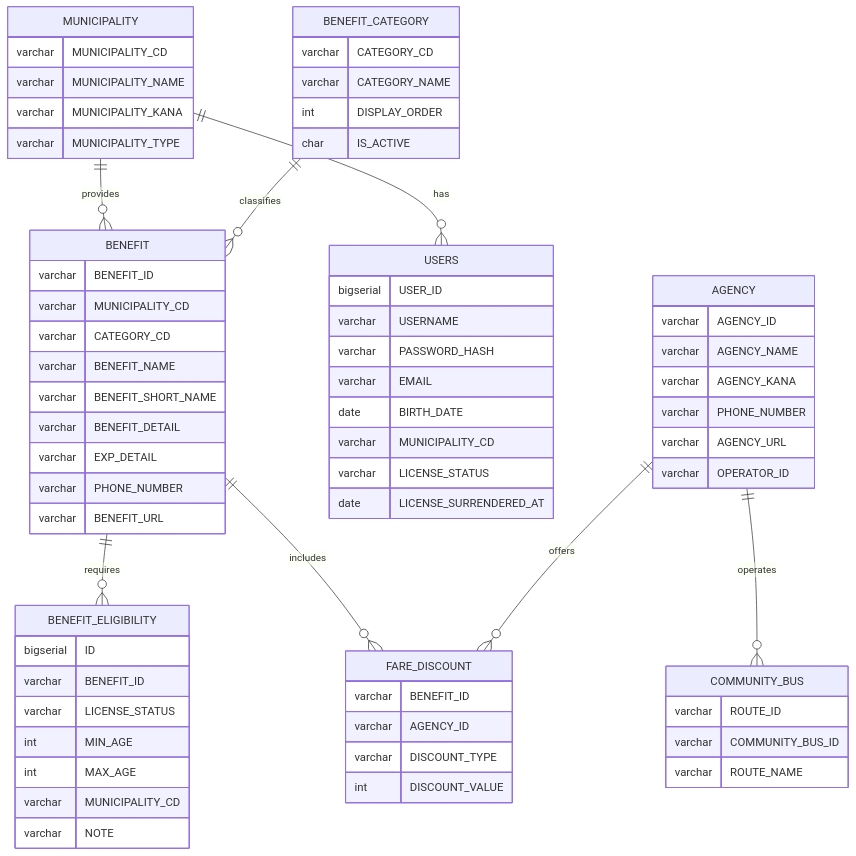
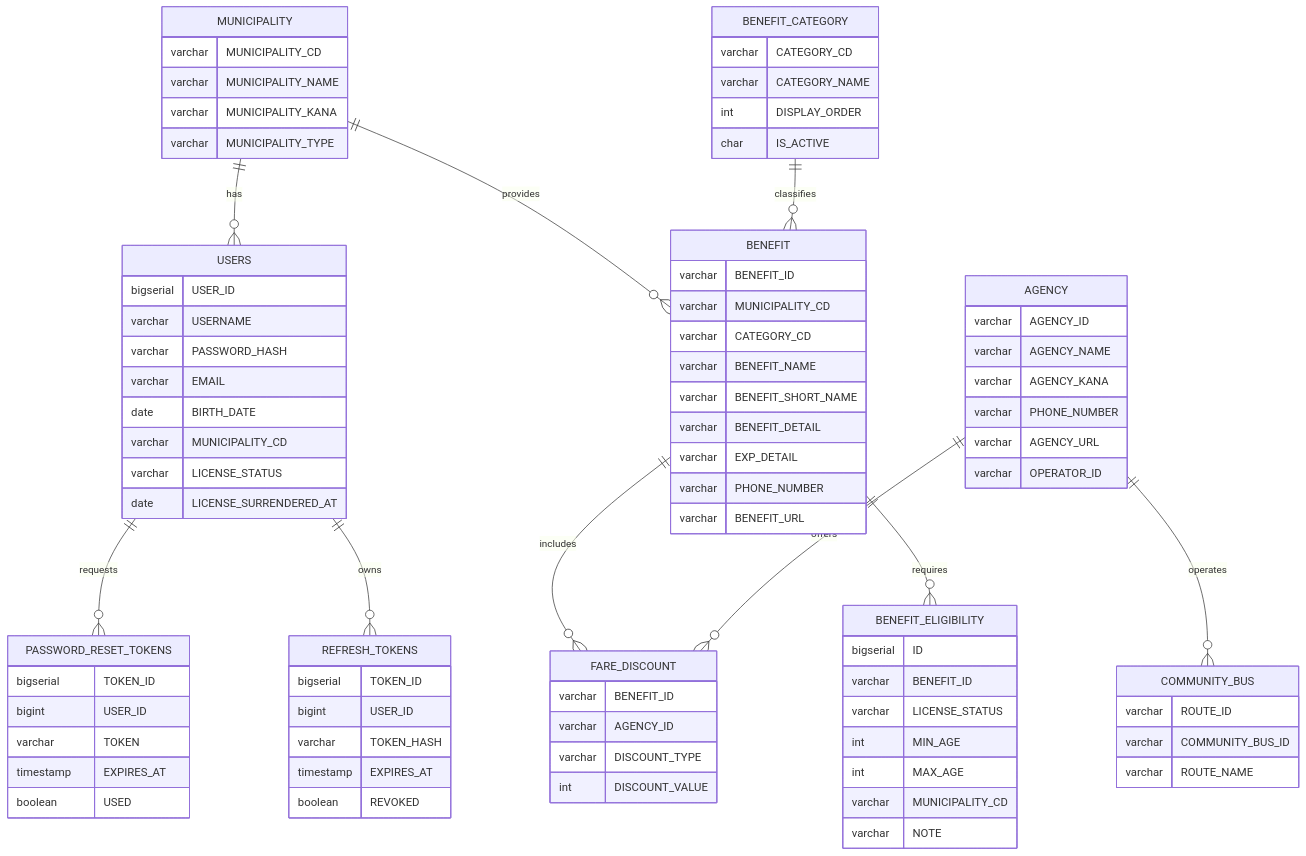
Before and after one commit to taichi0373/kumamoto-henno-map: the diagram in docs/03_database/er_diagram.md, drawn with Mermaid. The commit also changed other lines of this file and 125 other files, not shown here.

````diff
--- a/docs/03_database/er_diagram.md
+++ b/docs/03_database/er_diagram.md
@@ -56,6 +56,22 @@
         date      LICENSE_SURRENDERED_AT
     }
 
+    REFRESH_TOKENS {
+        bigserial TOKEN_ID
+        bigint    USER_ID
+        varchar   TOKEN_HASH
+        timestamp EXPIRES_AT
+        boolean   REVOKED
+    }
+
+    PASSWORD_RESET_TOKENS {
+        bigserial TOKEN_ID
+        bigint    USER_ID
+        varchar   TOKEN
+        timestamp EXPIRES_AT
+        boolean   USED
+    }
+
     AGENCY {
         varchar AGENCY_ID
         varchar AGENCY_NAME
@@ -85,4 +101,6 @@
     BENEFIT           ||--o{ FARE_DISCOUNT        : includes
     AGENCY            ||--o{ COMMUNITY_BUS        : operates
     AGENCY            ||--o{ FARE_DISCOUNT        : offers
+    USERS             ||--o{ REFRESH_TOKENS       : owns
+    USERS             ||--o{ PASSWORD_RESET_TOKENS : requests
 ```
````
